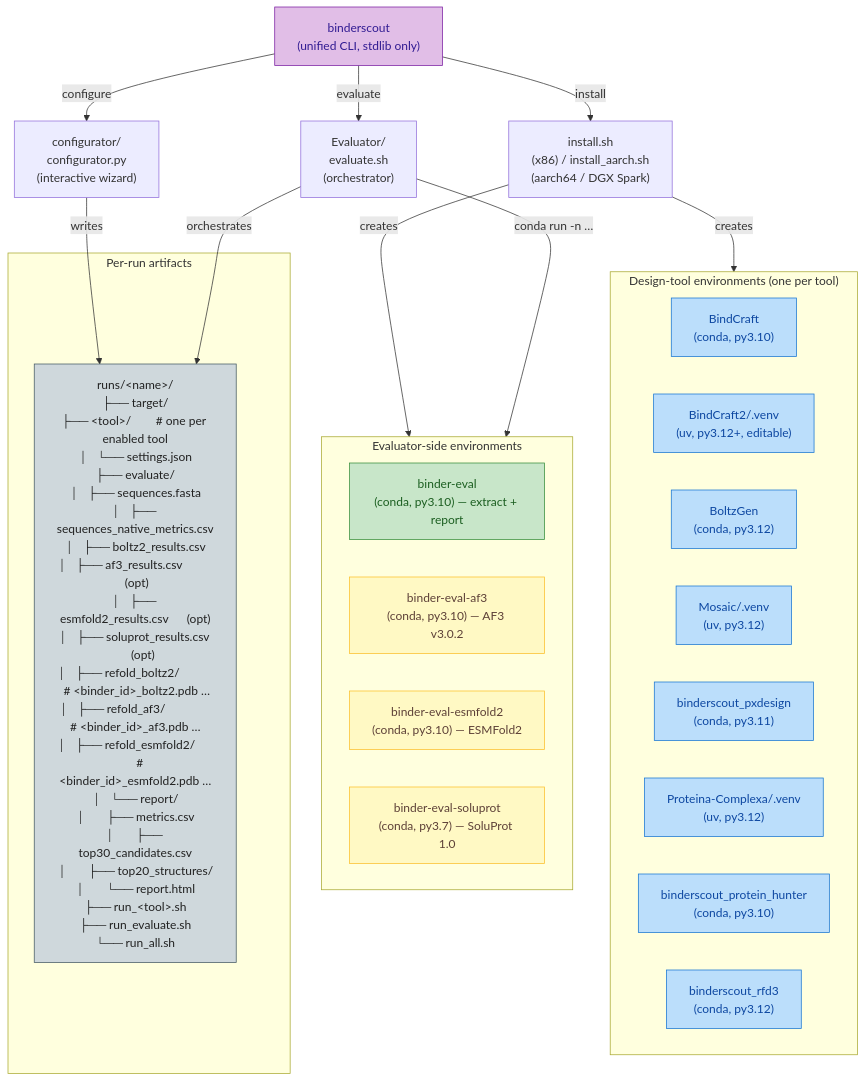
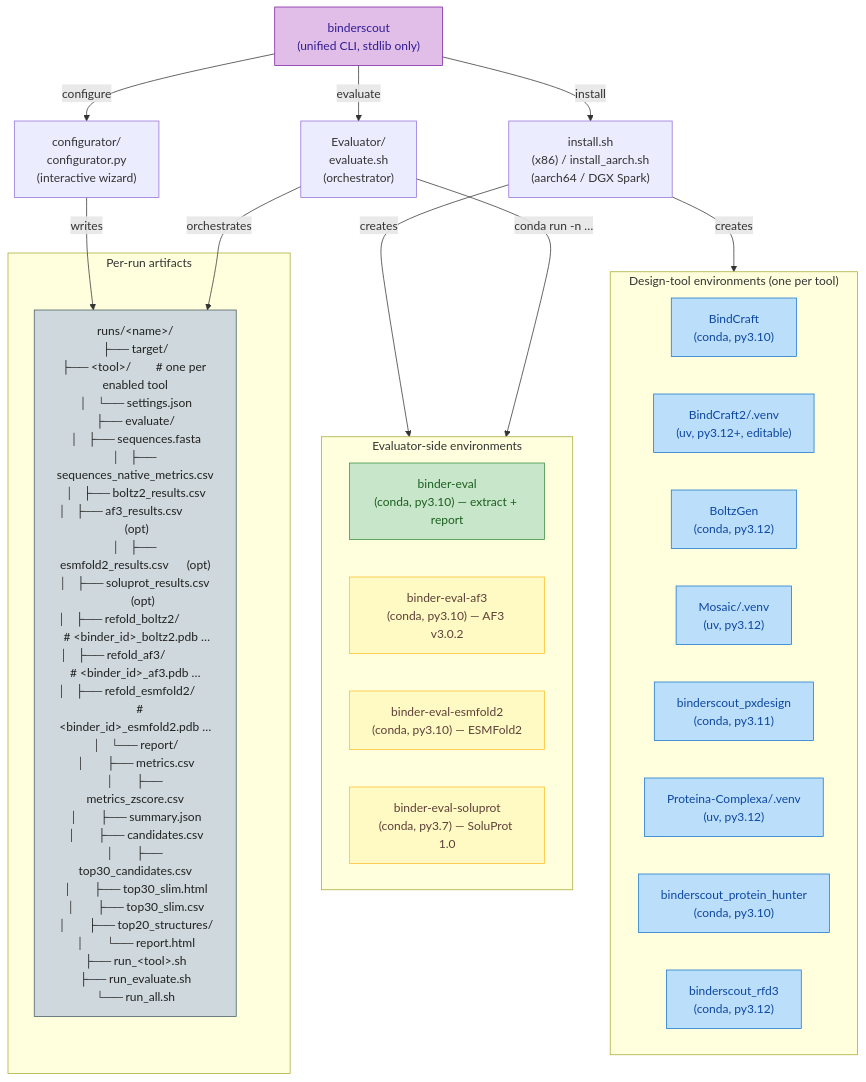
The second of 2 diagrams in README.md (damborik22/BinderScout), drawn with Mermaid before and after one commit. The commit also changed other lines of this file and 3 other files, not shown here.

````diff
--- a/README.md
+++ b/README.md
@@ -136,42 +136,42 @@
 ```mermaid
 flowchart TB
     classDef gen fill:#bbdefb,stroke:#1976d2,color:#0d47a1
     classDef eng fill:#c8e6c9,stroke:#388e3c,color:#1b5e20
     classDef opt fill:#fff9c4,stroke:#fbc02d,color:#5d4037
     classDef cli fill:#e1bee7,stroke:#7b1fa2,color:#311b92
     classDef arti fill:#cfd8dc,stroke:#455a64,color:#212121
 
     CLI["binderscout\n(unified CLI, stdlib only)"]:::cli
 
     CLI -->|install| InstallSh["install.sh\n(x86) / install_aarch.sh\n(aarch64 / DGX Spark)"]
     CLI -->|configure| Configurator["configurator/\nconfigurator.py\n(interactive wizard)"]
     CLI -->|evaluate| EvaluateSh["Evaluator/\nevaluate.sh\n(orchestrator)"]
 
     subgraph GenEnvs["Design-tool environments (one per tool)"]
         EnvBC["BindCraft<br/>(conda, py3.10)"]:::gen
         EnvBC2["BindCraft2/.venv<br/>(uv, py3.12+, editable)"]:::gen
         EnvBG["BoltzGen<br/>(conda, py3.12)"]:::gen
         EnvMo["Mosaic/.venv<br/>(uv, py3.12)"]:::gen
         EnvPX["binderscout_pxdesign<br/>(conda, py3.11)"]:::gen
         EnvPC["Proteina-Complexa/.venv<br/>(uv, py3.12)"]:::gen
         EnvPH["binderscout_protein_hunter<br/>(conda, py3.10)"]:::gen
         EnvRF["binderscout_rfd3<br/>(conda, py3.12)"]:::gen
     end
 
     subgraph EvalEnvs["Evaluator-side environments"]
         EnvEv["binder-eval<br/>(conda, py3.10) — extract + report"]:::eng
         EnvAF3["binder-eval-af3<br/>(conda, py3.10) — AF3 v3.0.2"]:::opt
         EnvESM["binder-eval-esmfold2<br/>(conda, py3.10) — ESMFold2"]:::opt
         EnvSP["binder-eval-soluprot<br/>(conda, py3.7) — SoluProt 1.0"]:::opt
     end
 
     subgraph Artifacts["Per-run artifacts"]
-        Runs["runs/&lt;name&gt;/\n├── target/\n├── &lt;tool&gt;/        # one per enabled tool\n│   └── settings.json\n├── evaluate/\n│   ├── sequences.fasta\n│   ├── sequences_native_metrics.csv\n│   ├── boltz2_results.csv\n│   ├── af3_results.csv           (opt)\n│   ├── esmfold2_results.csv      (opt)\n│   ├── soluprot_results.csv      (opt)\n│   ├── refold_boltz2/            # &lt;binder_id&gt;_boltz2.pdb …\n│   ├── refold_af3/               # &lt;binder_id&gt;_af3.pdb …\n│   ├── refold_esmfold2/          # &lt;binder_id&gt;_esmfold2.pdb …\n│   └── report/\n│       ├── metrics.csv\n│       ├── top30_candidates.csv\n│       ├── top20_structures/\n│       └── report.html\n├── run_&lt;tool&gt;.sh\n├── run_evaluate.sh\n└── run_all.sh"]:::arti
+        Runs["runs/&lt;name&gt;/\n├── target/\n├── &lt;tool&gt;/        # one per enabled tool\n│   └── settings.json\n├── evaluate/\n│   ├── sequences.fasta\n│   ├── sequences_native_metrics.csv\n│   ├── boltz2_results.csv\n│   ├── af3_results.csv           (opt)\n│   ├── esmfold2_results.csv      (opt)\n│   ├── soluprot_results.csv      (opt)\n│   ├── refold_boltz2/            # &lt;binder_id&gt;_boltz2.pdb …\n│   ├── refold_af3/               # &lt;binder_id&gt;_af3.pdb …\n│   ├── refold_esmfold2/          # &lt;binder_id&gt;_esmfold2.pdb …\n│   └── report/\n│       ├── metrics.csv\n│       ├── metrics_zscore.csv\n│       ├── summary.json\n│       ├── candidates.csv\n│       ├── top30_candidates.csv\n│       ├── top30_slim.html\n│       ├── top30_slim.csv\n│       ├── top20_structures/\n│       └── report.html\n├── run_&lt;tool&gt;.sh\n├── run_evaluate.sh\n└── run_all.sh"]:::arti
     end
 
     InstallSh -->|creates| GenEnvs
     InstallSh -->|creates| EvalEnvs
     Configurator -->|writes| Runs
     EvaluateSh -->|orchestrates| Runs
     EvaluateSh -->|conda run -n …| EvalEnvs
 ```
````
